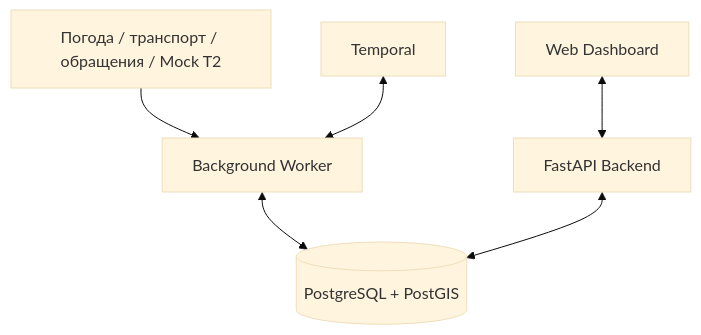
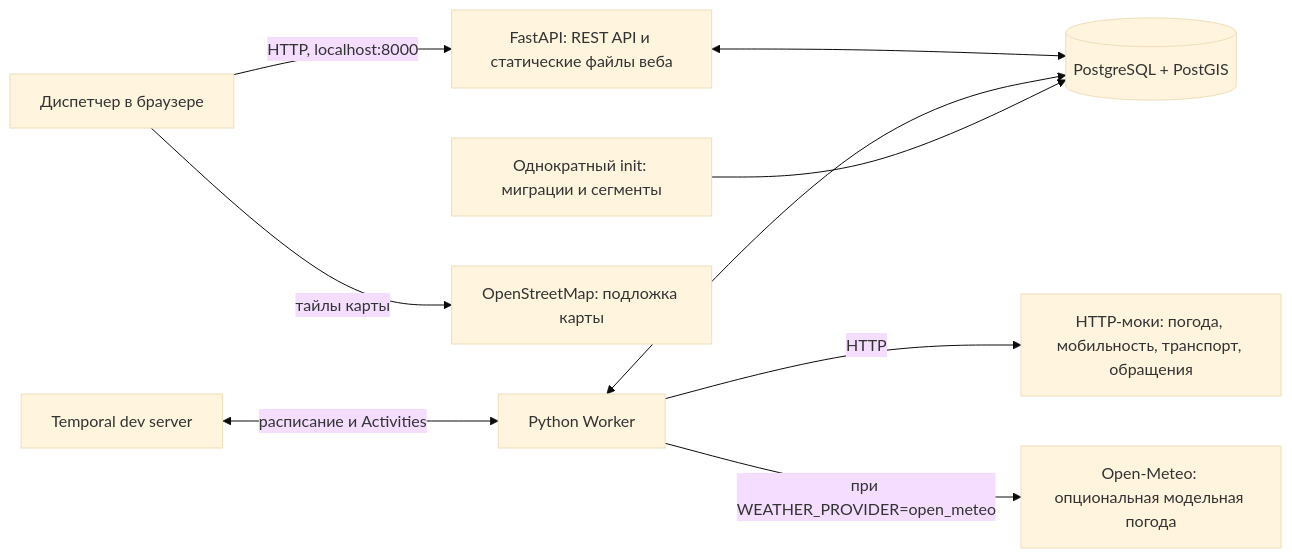
Before and after one commit to neeearina/t2-case-warm-route: the first of 3 diagrams in docs/ARCHITECTURE.md, drawn with Mermaid (base theme). The commit also changed other lines of this file and 2 other files, not shown here.

````diff
--- a/docs/ARCHITECTURE.md
+++ b/docs/ARCHITECTURE.md
@@ -33,15 +9,21 @@
 ```mermaid
-flowchart TD
-    S[Погода / транспорт / обращения / Mock T2]
-    W[Background Worker]
-    T[Temporal]
-    B[FastAPI Backend]
+flowchart LR
+    U[Диспетчер в браузере]
+    API[FastAPI: REST API и статические файлы веба]
     DB[(PostgreSQL + PostGIS)]
-    UI[Web Dashboard]
+    T[Temporal dev server]
+    W[Python Worker]
+    M[HTTP-моки: погода, мобильность, транспорт, обращения]
+    O[Open-Meteo: опциональная модельная погода]
+    MAP[OpenStreetMap: подложка карты]
+    INIT[Однократный init: миграции и сегменты]
 
-    S --> W
-    T <--> W
+    U -->|HTTP, localhost:8000| API
+    U -->|тайлы карты| MAP
+    API <--> DB
+    T <-->|расписание и Activities| W
+    W -->|HTTP| M
+    W -->|при WEATHER_PROVIDER=open_meteo| O
     W <--> DB
-    B <--> DB
-    UI <--> B
+    INIT --> DB
 ```
````
